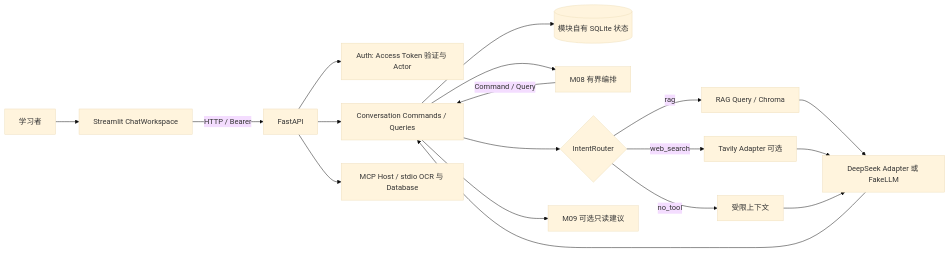
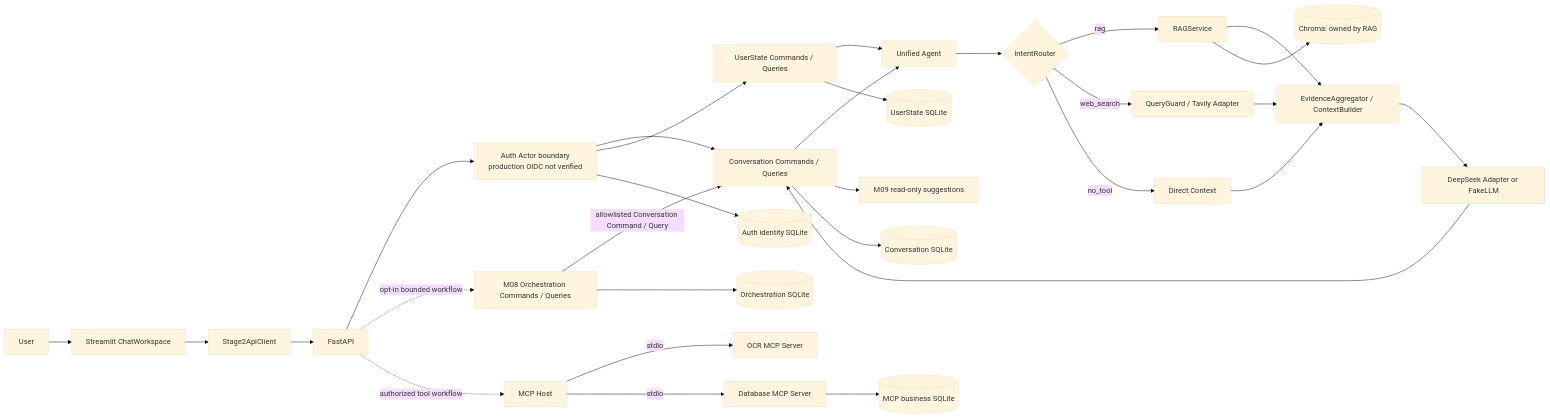
One commit to JXcloudforge/unified_deutschpath_agent changed the diagram in README.md. Above: the diagram before and after it, drawn with Mermaid (base theme). The commit also changed other lines of this file and 14 other files, not shown here.

````diff
--- a/README.md
+++ b/README.md
@@ -36,20 +39,34 @@
 ```mermaid
 flowchart LR
-  U[学习者] --> UI[Streamlit ChatWorkspace]
-  UI -->|HTTP / Bearer| API[FastAPI]
-  API --> AUTH[Auth: Access Token 验证与 Actor]
-  API --> CHAT[Conversation Commands / Queries]
-  CHAT --> DB[(模块自有 SQLite 状态)]
-  CHAT --> M08[M08 有界编排]
-  M08 -->|Command / Query| CHAT
-  CHAT --> ROUTER{IntentRouter}
-  ROUTER -->|rag| RAG[RAG Query / Chroma]
-  ROUTER -->|web_search| WEB[Tavily Adapter 可选]
-  ROUTER -->|no_tool| CTX[受限上下文]
-  RAG --> LLM[DeepSeek Adapter 或 FakeLLM]
-  WEB --> LLM
-  CTX --> LLM
-  LLM --> CHAT
-  CHAT --> M09[M09 可选只读建议]
-  API --> MCP[MCP Host / stdio OCR 与 Database]
+  User[User] --> UI[Streamlit ChatWorkspace]
+  UI --> Client[Stage2ApiClient]
+  Client --> API[FastAPI]
+  API --> Auth[Auth Actor boundary<br/>production OIDC not verified]
+  Auth --> Conversation[Conversation Commands / Queries]
+  Auth --> State[UserState Commands / Queries]
+  Conversation --> Agent[Unified Agent]
+  State --> Agent
+  Agent --> Router{IntentRouter}
+  Router -->|rag| RAG[RAGService]
+  Router -->|web_search| Guard[QueryGuard / Tavily Adapter]
+  Router -->|no_tool| Direct[Direct Context]
+  RAG --> Evidence[EvidenceAggregator / ContextBuilder]
+  Guard --> Evidence
+  Direct --> Evidence
+  Evidence --> LLM[DeepSeek Adapter or FakeLLM]
+  LLM --> Conversation
+  Conversation --> Suggestions[M09 read-only suggestions]
+
+  API -. opt-in bounded workflow .-> M08[M08 Orchestration Commands / Queries]
+  M08 -->|allowlisted Conversation Command / Query| Conversation
+  API -. authorized tool workflow .-> Host[MCP Host]
+  Host -->|stdio| OCR[OCR MCP Server]
+  Host -->|stdio| DB[Database MCP Server]
+
+  Conversation --> ChatDB[(Conversation SQLite)]
+  Auth --> AuthDB[(Auth identity SQLite)]
+  State --> StateDB[(UserState SQLite)]
+  RAG --> Chroma[(Chroma: owned by RAG)]
+  M08 --> M08DB[(Orchestration SQLite)]
+  DB --> BusinessDB[(MCP business SQLite)]
 ```
````
